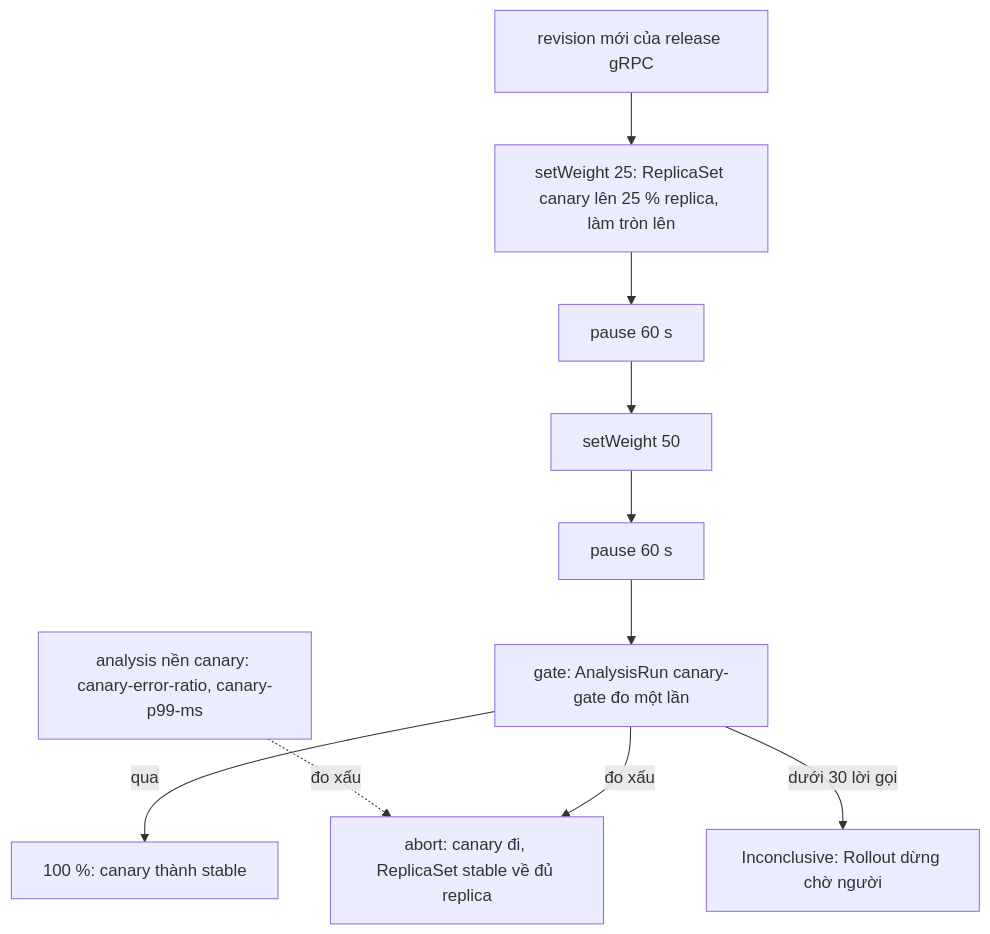
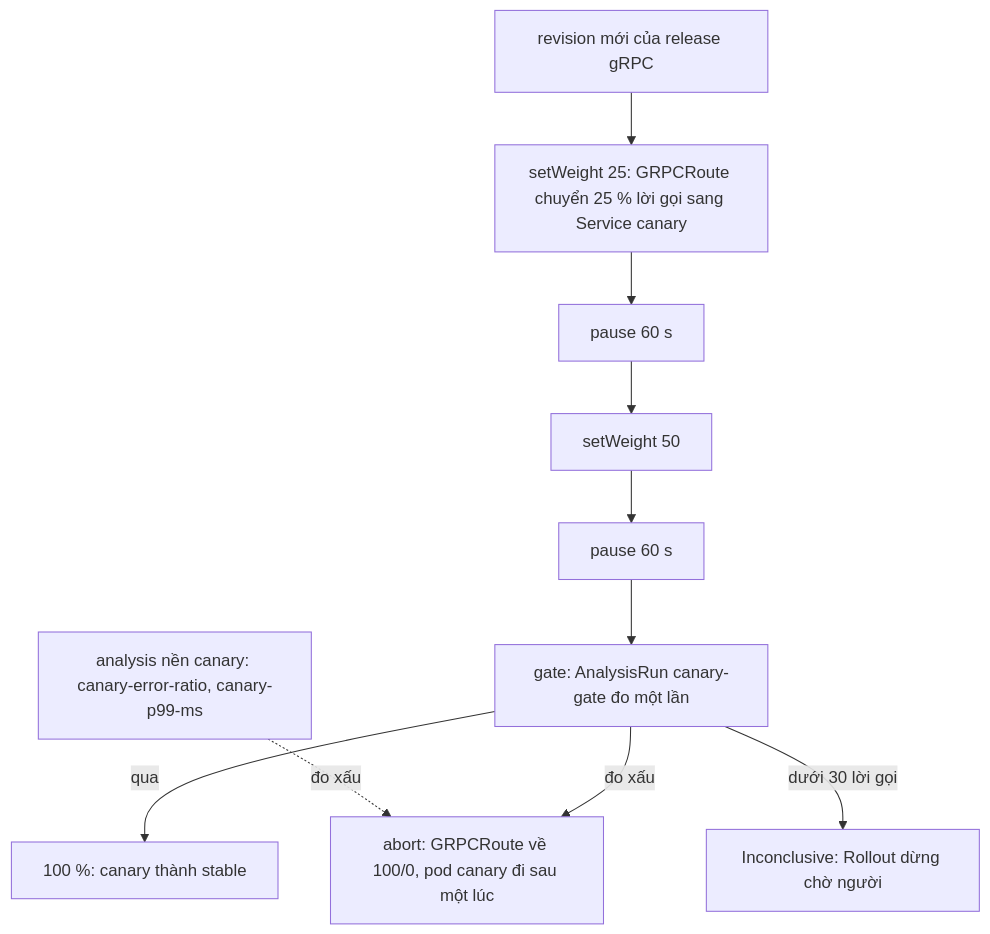
The third of 7 diagrams in docs/explanation/deployment.md (anhnvcoder/svp-backend), drawn with Mermaid before and after one commit. The commit also changed other lines of this file and 76 other files, not shown here.

First line of the commit message:
feat: Istio ambient mesh with mTLS STRICT and gRPC canary by request

````diff
--- a/docs/explanation/deployment.md
+++ b/docs/explanation/deployment.md
@@ -612,12 +668,12 @@
 ```mermaid
 flowchart TD
-    rev["revision mới của release gRPC"] --> w25["setWeight 25: ReplicaSet canary lên 25 % replica, làm tròn lên"]
+    rev["revision mới của release gRPC"] --> w25["setWeight 25: GRPCRoute chuyển 25 % lời gọi sang Service canary"]
     w25 --> p1["pause 60 s"]
     p1 --> w50["setWeight 50"]
     w50 --> p2["pause 60 s"]
     p2 --> gate["gate: AnalysisRun canary-gate đo một lần"]
     gate -->|"qua"| full["100 %: canary thành stable"]
     bg["analysis nền canary: canary-error-ratio, canary-p99-ms"] -.->|"đo xấu"| abort
-    gate -->|"đo xấu"| abort["abort: canary đi, ReplicaSet stable về đủ replica"]
+    gate -->|"đo xấu"| abort["abort: GRPCRoute về 100/0, pod canary đi sau một lúc"]
     gate -->|"dưới 30 lời gọi"| paused["Inconclusive: Rollout dừng chờ người"]
 ```
````
